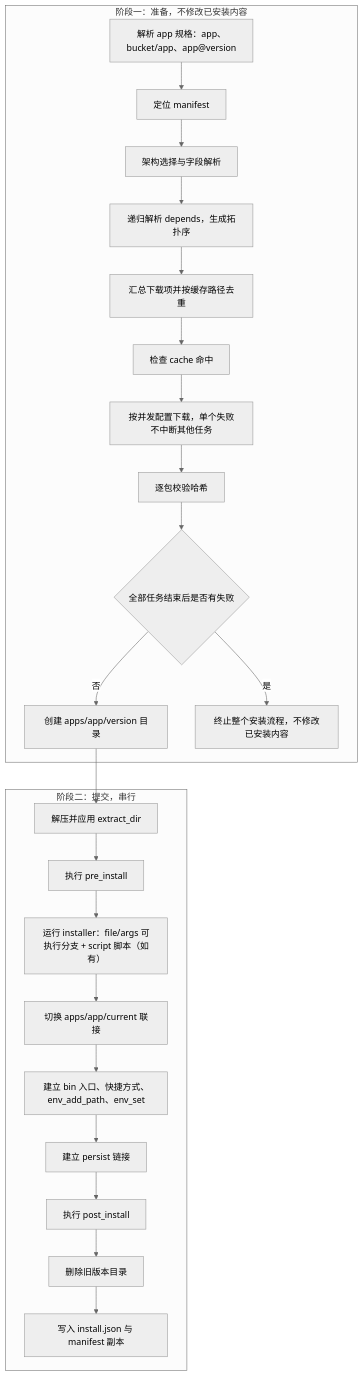
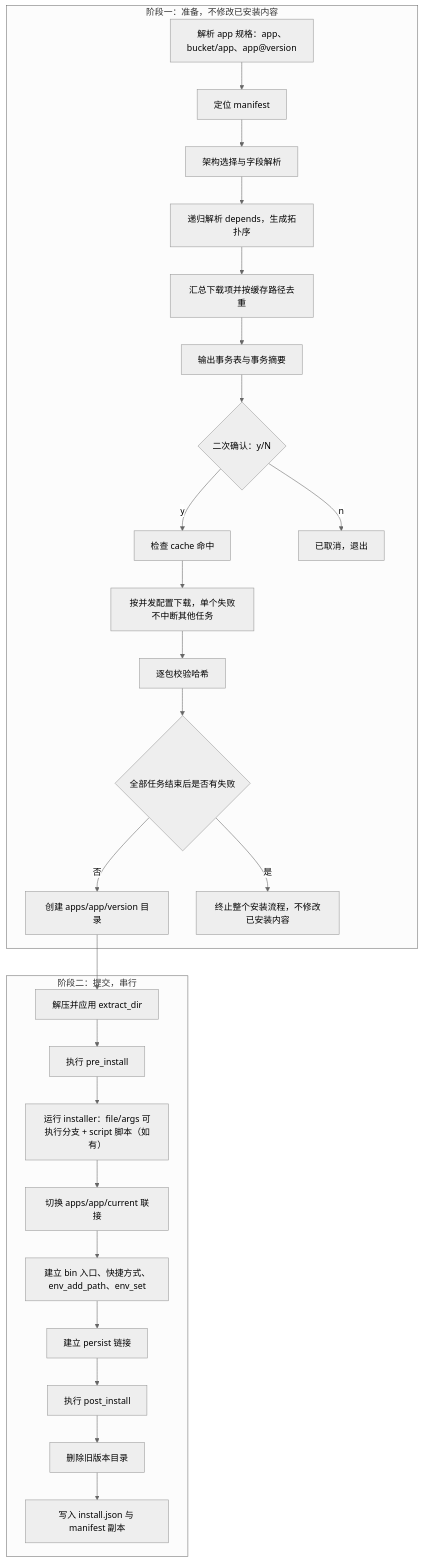
The fourth of 14 diagrams in docs/design.md (Adrts/APM), drawn with Mermaid (neutral theme) before and after one commit. The commit also changed other lines of this file and 21 other files, not shown here.

````diff
--- a/docs/design.md
+++ b/docs/design.md
@@ -902,26 +947,29 @@
 ```mermaid
 flowchart TD
     subgraph P1["阶段一：准备，不修改已安装内容"]
         A["解析 app 规格：app、bucket/app、app@version"] --> B["定位 manifest"]
         B --> C["架构选择与字段解析"]
         C --> D["递归解析 depends，生成拓扑序"]
         D --> E["汇总下载项并按缓存路径去重"]
-        E --> F["检查 cache 命中"]
+        E --> E0["输出事务表与事务摘要"]
+        E0 --> E1{"二次确认：y/N"}
+        E1 -->|"y"| F["检查 cache 命中"]
+        E1 -->|"n"| E2["已取消，退出"]
         F --> G["按并发配置下载，单个失败不中断其他任务"]
         G --> H["逐包校验哈希"]
         H --> I{"全部任务结束后是否有失败"}
         I -->|"否"| K
         I -->|"是"| J["终止整个安装流程，不修改已安装内容"]
     end
     subgraph P2["阶段二：提交，串行"]
         K["创建 apps/app/version 目录"] --> L["解压并应用 extract_dir"]
         L --> M["执行 pre_install"]
         M --> N["运行 installer：file/args 可执行分支 + script 脚本（如有）"]
         N --> O["切换 apps/app/current 联接"]
         O --> P["建立 bin 入口、快捷方式、env_add_path、env_set"]
         P --> Q["建立 persist 链接"]
         Q --> R["执行 post_install"]
         R --> S["删除旧版本目录"]
         S --> T["写入 install.json 与 manifest 副本"]
     end
 ```
````
